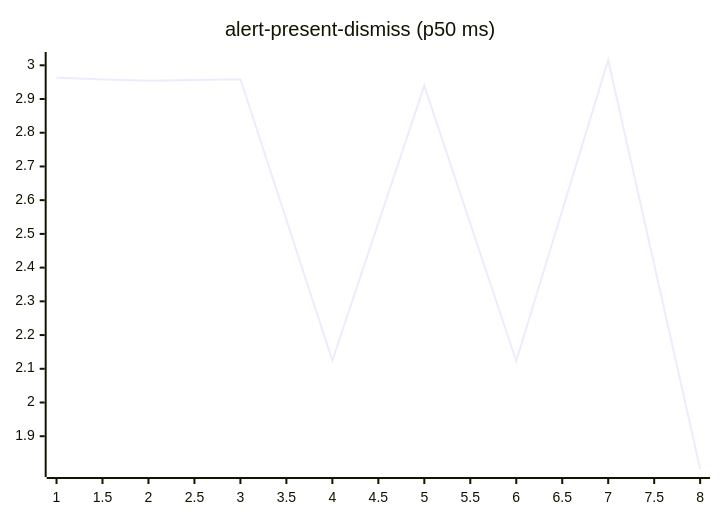
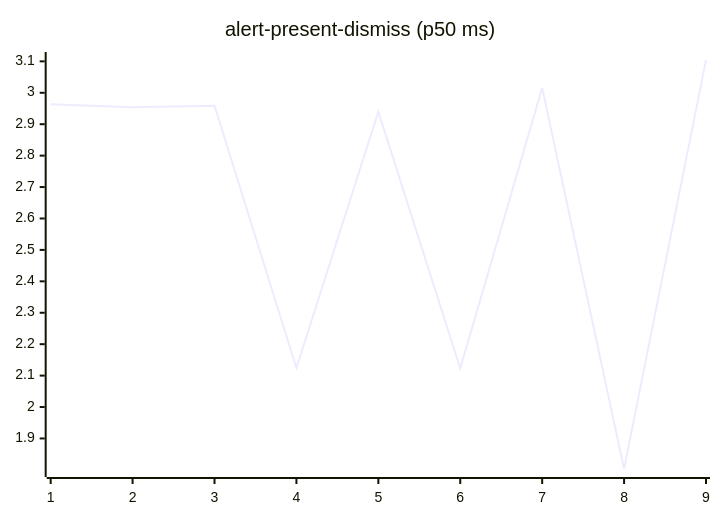
The second of 27 diagrams in README.md (josha/Facet), drawn with Mermaid before and after one commit. The commit also changed other lines of this file and 2 other files, not shown here.

````diff
--- a/README.md
+++ b/README.md
@@ -70,6 +70,6 @@
 ```mermaid
 xychart-beta
     title "alert-present-dismiss (p50 ms)"
-    x-axis 1 --> 8
-    line [2.9632, 2.9538, 2.9589, 2.1244, 2.9396, 2.1232, 3.0157, 1.8028]
+    x-axis 1 --> 9
+    line [2.9632, 2.9538, 2.9589, 2.1244, 2.9396, 2.1232, 3.0157, 1.8028, 3.1043]
 ```
````
